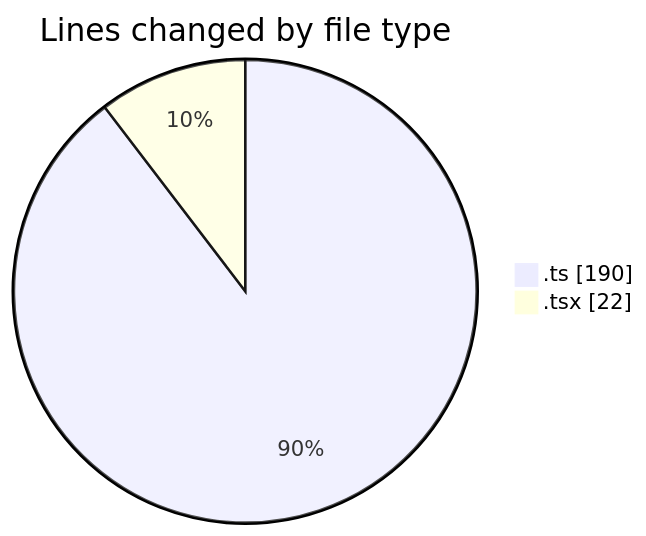
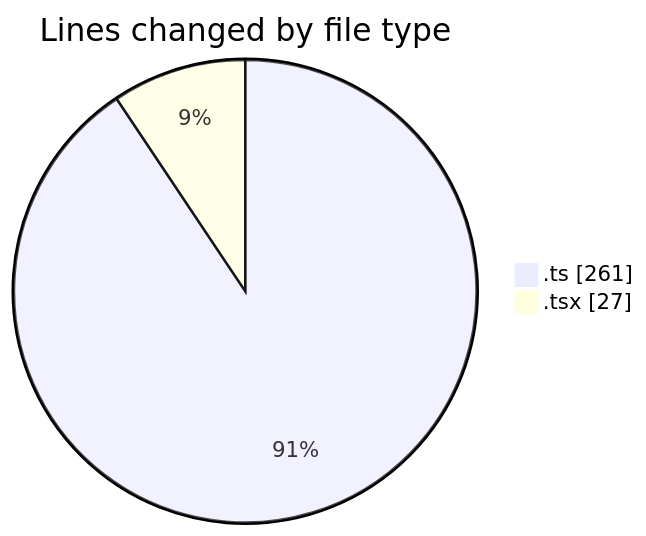
One commit to robertbonfada/code-tracking changed the first of 2 diagrams in 2025-01-23/mbc-web/README.md. Above: the diagram before and after it, drawn with Mermaid. The commit also changed other lines of this file and 1 other file, not shown here.

````diff
--- a/2025-01-23/mbc-web/README.md
+++ b/2025-01-23/mbc-web/README.md
@@ -25,6 +25,6 @@
 ```mermaid
 pie showData
 title Lines changed by file type
-".ts" : 190
-".tsx" : 22
+".ts" : 261
+".tsx" : 27
 ```
````
